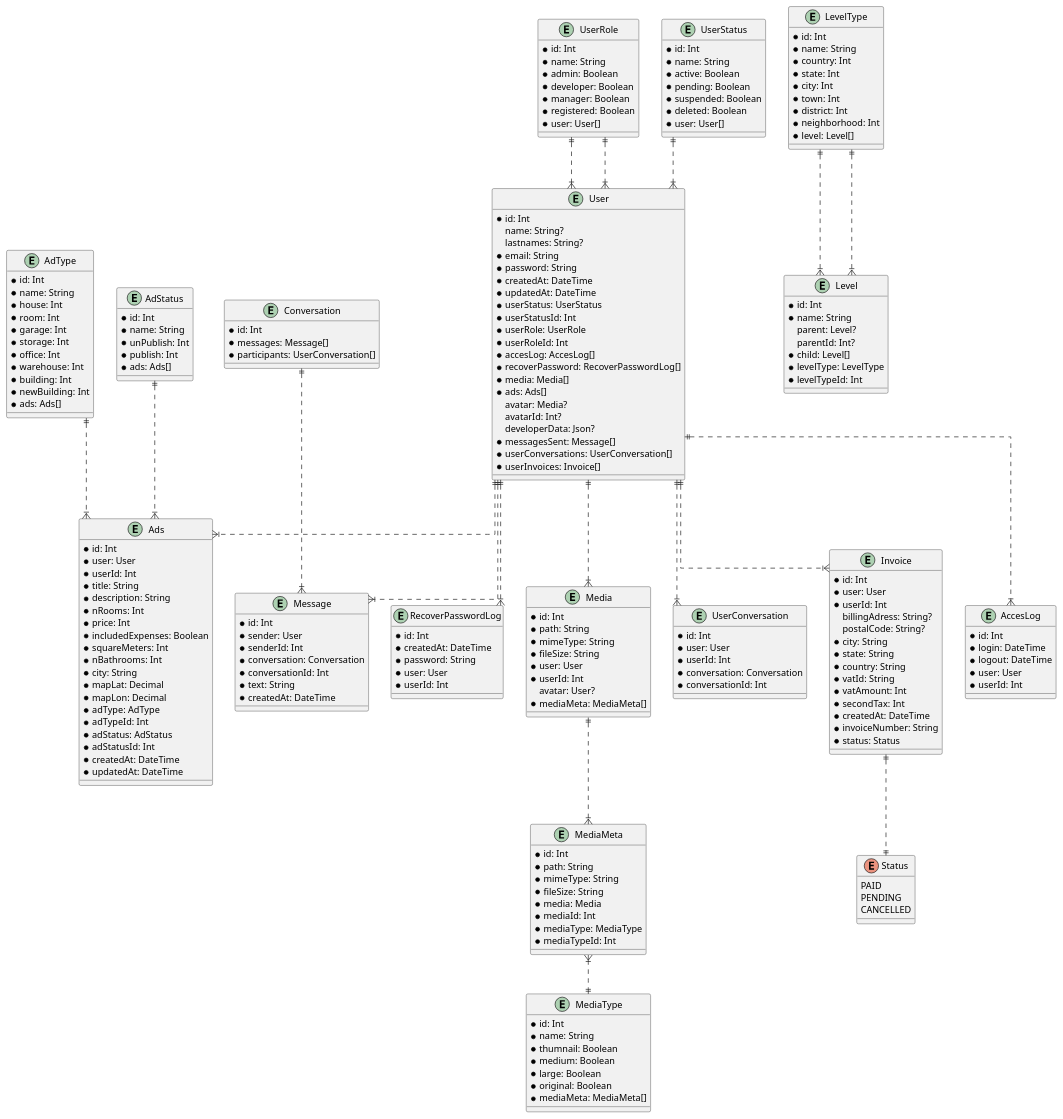
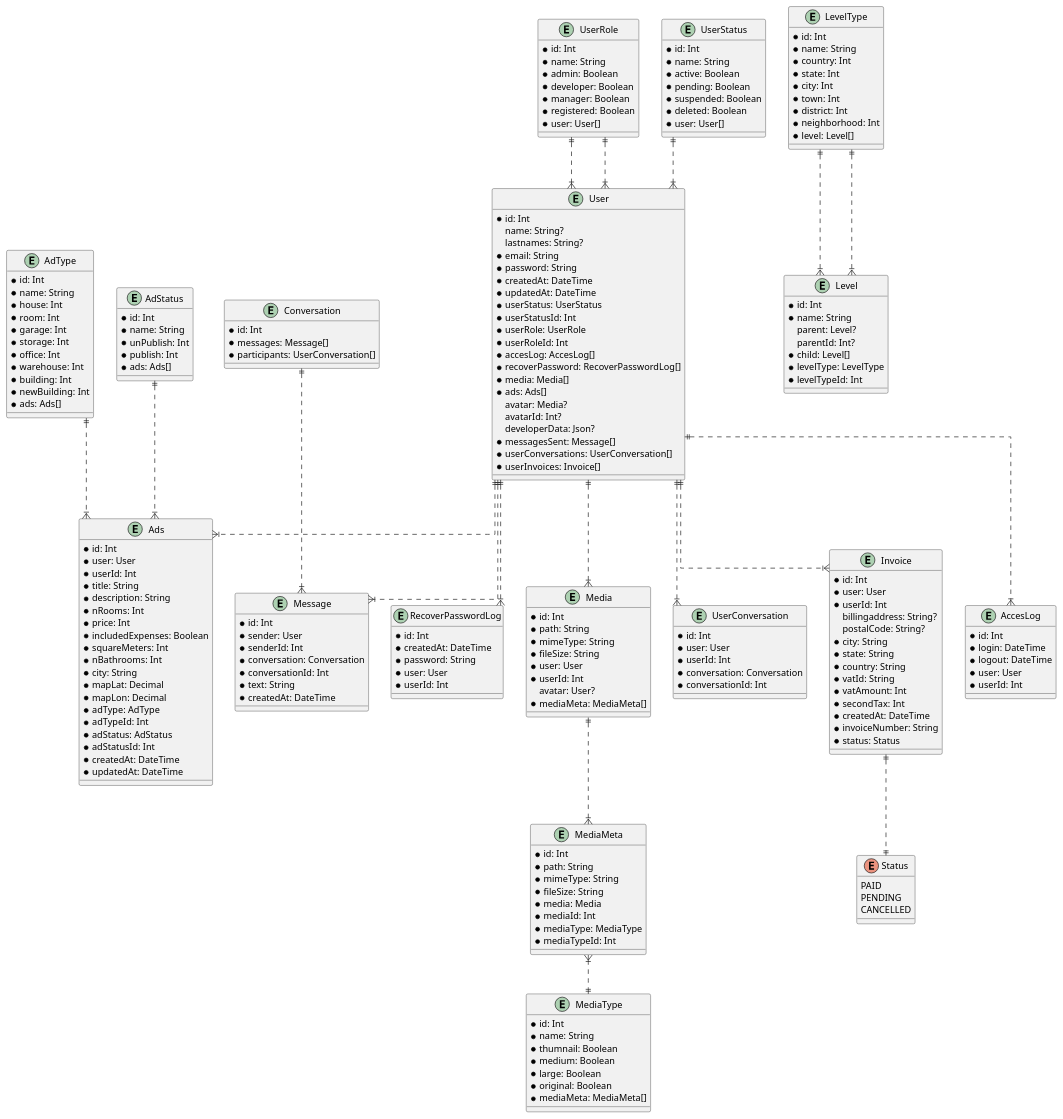
The diagram in backend/db/schema-db.puml (IT-Academy-BCN/ita-directory), drawn with PlantUML before and after one commit. The commit also changed 6 other files, not shown here.

```diff
--- a/backend/db/schema-db.puml
+++ b/backend/db/schema-db.puml
@@ -194,7 +194,7 @@
   * id: Int
   * user: User
   * userId: Int
-  billingAdress: String?
+  billingaddress: String?
   postalCode: String?
   * city: String
   * state: String
```
